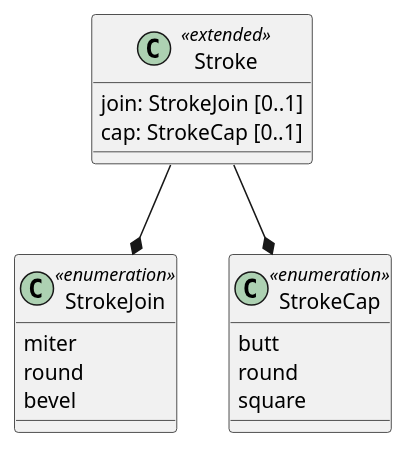
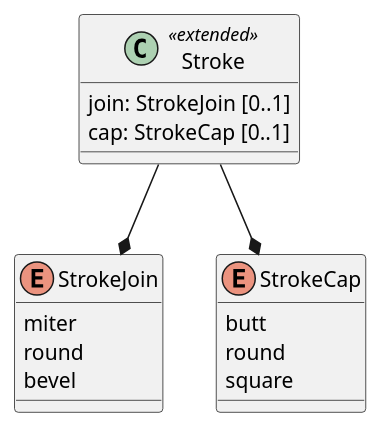
Before and after one commit to opengeospatial/styles-and-symbology: the first of 4 diagrams in core/sections/clause_13_advanced_strokes.adoc, drawn with PlantUML. The commit also changed 8 other files, not shown here.

Commit message:
correction to plantuml naming conventions

```diff
--- a/core/sections/clause_13_advanced_strokes.adoc
+++ b/core/sections/clause_13_advanced_strokes.adoc
@@ -8,18 +8,18 @@
 [plantuml, target=diagram-classes, format=png]
 ....
 class Stroke <<extended>>
 Stroke : join: StrokeJoin [0..1]
 Stroke : cap: StrokeCap [0..1]
 Stroke --* StrokeJoin
 Stroke --* StrokeCap
 
-class StrokeJoin <<enumeration>>
+enum StrokeJoin
 StrokeJoin : miter
 StrokeJoin : round
 StrokeJoin : bevel
 
-class StrokeCap <<enumeration>>
+enum StrokeCap
 StrokeCap : butt
 StrokeCap : round
 StrokeCap : square
 ....
```
